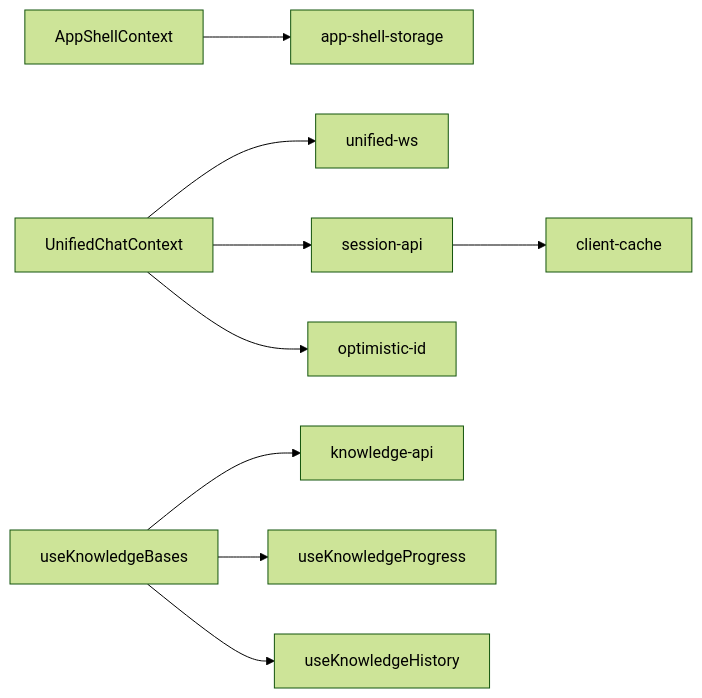
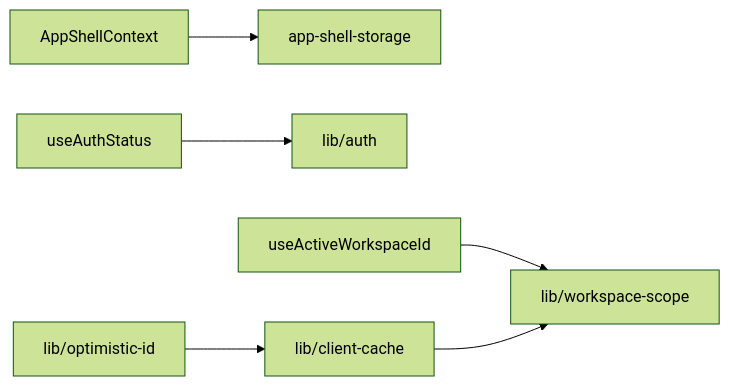
Before and after one commit to gongzili456/DeepTutor: the eighth of 8 diagrams in .qoder/repowiki/zh/content/前端架构/状态管理.md, drawn with Mermaid (forest theme). The commit also changed other lines of this file and 1242 other files, not shown here.

````diff
--- a/.qoder/repowiki/zh/content/前端架构/状态管理.md
+++ b/.qoder/repowiki/zh/content/前端架构/状态管理.md
@@ -291,11 +328,8 @@
 ```mermaid
 graph LR
 AppShell["AppShellContext"] --> Storage["app-shell-storage"]
-Chat["UnifiedChatContext"] --> WS["unified-ws"]
-Chat --> SessAPI["session-api"]
-Chat --> OptID["optimistic-id"]
-KBHook["useKnowledgeBases"] --> KBApi["knowledge-api"]
-KBHook --> Prog["useKnowledgeProgress"]
-KBHook --> Hist["useKnowledgeHistory"]
-SessAPI --> Cache["client-cache"]
+AuthHook["useAuthStatus"] --> AuthLib["lib/auth"]
+WorkspaceHook["useActiveWorkspaceId"] --> WScope["lib/workspace-scope"]
+ClientCache["lib/client-cache"] --> WScope
+OptimisticId["lib/optimistic-id"] --> ClientCache
 ```
````
